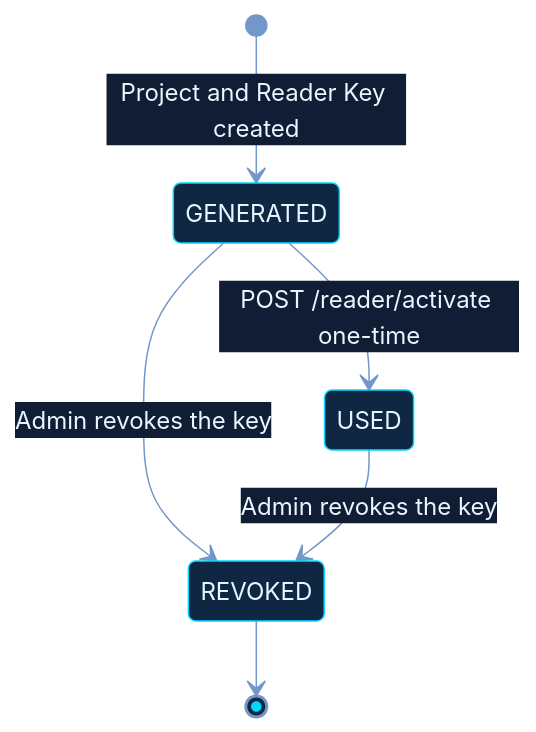
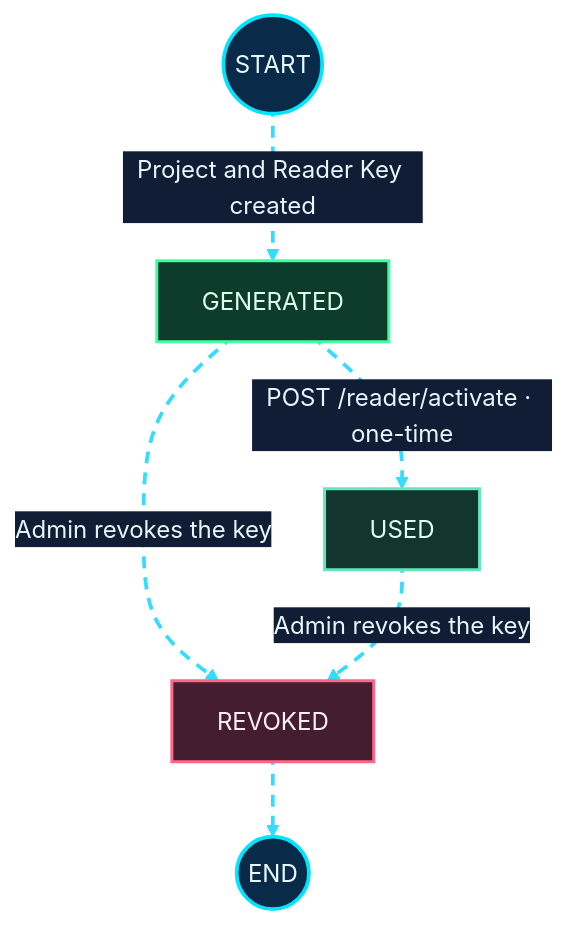
Before and after one commit to shajeduzzamanenan992008inc/NexOra-Database-key-Gen: diagram 14 of 23 in README.md, drawn with Mermaid. The commit also changed other lines of this file and 484 other files, not shown here.

````diff
--- a/README.md
+++ b/README.md
@@ -1181,9 +1317,35 @@
 ```mermaid
+
 %%{init: {"theme":"base","themeVariables":{"darkMode":true,"background":"#07111f","primaryColor":"#102744","primaryTextColor":"#e8f7ff","primaryBorderColor":"#00d9ff","lineColor":"#7297c8","secondaryColor":"#261d45","secondaryTextColor":"#f3eaff","secondaryBorderColor":"#a78bfa","tertiaryColor":"#12332b","tertiaryTextColor":"#e0fff1","tertiaryBorderColor":"#41e6a2","fontFamily":"Inter, Segoe UI, sans-serif","edgeLabelBackground":"#101d34","mainBkg":"#102744","nodeBorder":"#00d9ff","clusterBkg":"#0b1930","clusterBorder":"#6f7dff","actorBkg":"#102744","actorBorder":"#00d9ff","actorTextColor":"#e8f7ff","signalColor":"#64d8ff","signalTextColor":"#e8f7ff","noteBkgColor":"#0e332b","noteBorderColor":"#41e6a2","noteTextColor":"#e0fff1"}}}%%
-stateDiagram-v2
-    [*] --> GENERATED : Project and Reader Key created
-    GENERATED --> USED : POST /reader/activate one-time
-    GENERATED --> REVOKED : Admin revokes the key
-    USED --> REVOKED : Admin revokes the key
-    REVOKED --> [*]
+flowchart TD
+    START(("START"))
+
+    START nx14e01@-->|"Project and Reader Key created"| GENERATED["GENERATED"]
+
+    GENERATED nx14e02@-->|"POST /reader/activate · one-time"| USED["USED"]
+
+    GENERATED nx14e03@-->|"Admin revokes the key"| REVOKED["REVOKED"]
+
+    USED nx14e04@-->|"Admin revokes the key"| REVOKED
+
+    REVOKED nx14e05@--> FINISH(("END"))
+
+    %% OMEGA NEX-ORA / ULTRA NEON PALETTE
+    classDef nxCore fill:#092b49,stroke:#00e5ff,stroke-width:2.5px,color:#e9fbff;
+    classDef nxProcess fill:#102b45,stroke:#3dbcf5,stroke-width:1.5px,color:#e9f6ff;
+    classDef nxSuccess fill:#0d3b2c,stroke:#3fffa0,stroke-width:2px,color:#e0fff0;
+    classDef nxDanger fill:#451d30,stroke:#ff6688,stroke-width:2px,color:#fff0f3;
+    classDef nxData fill:#12352d,stroke:#63e6be,stroke-width:2px,color:#e1fff5;
+
+    %% Moving neon animation
+    classDef nxAnimated stroke:#35dcff,stroke-width:2.5px,stroke-dasharray:8\,6,stroke-dashoffset:1000,animation:dash 18s linear infinite;
+
+    class START,FINISH nxCore;
+    class GENERATED nxSuccess;
+    class USED nxData;
+    class REVOKED nxDanger;
+
+    %% ALL 5 TRANSITIONS ANIMATED
+    class nx14e01,nx14e02,nx14e03,nx14e04,nx14e05 nxAnimated;
+
 ```
````
